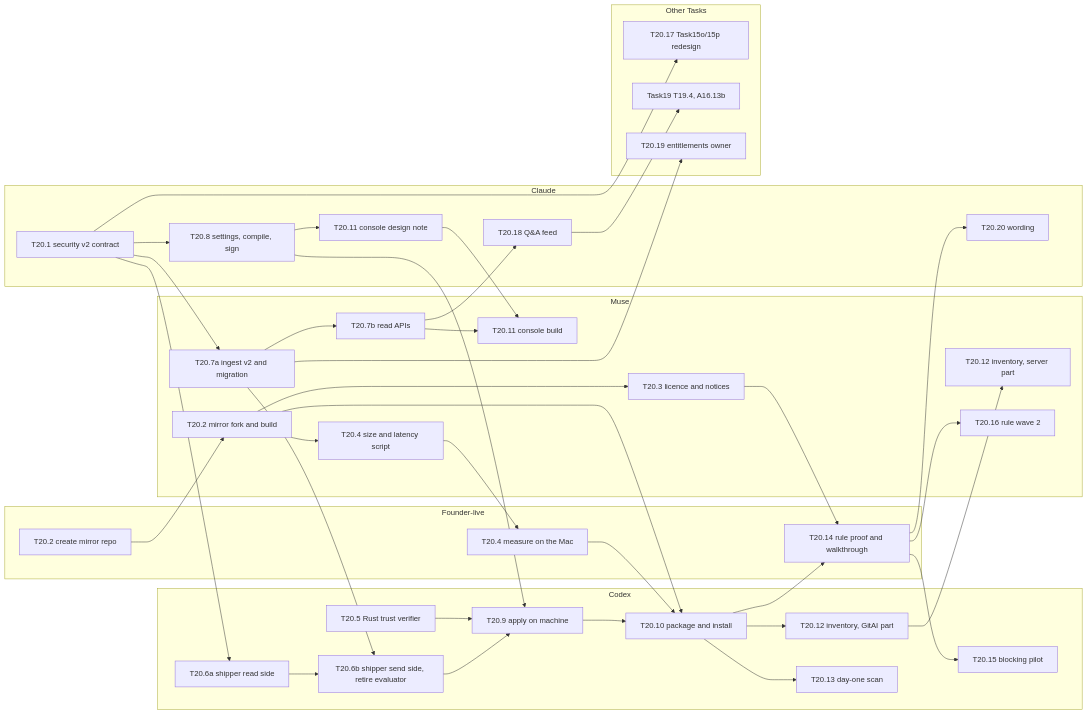
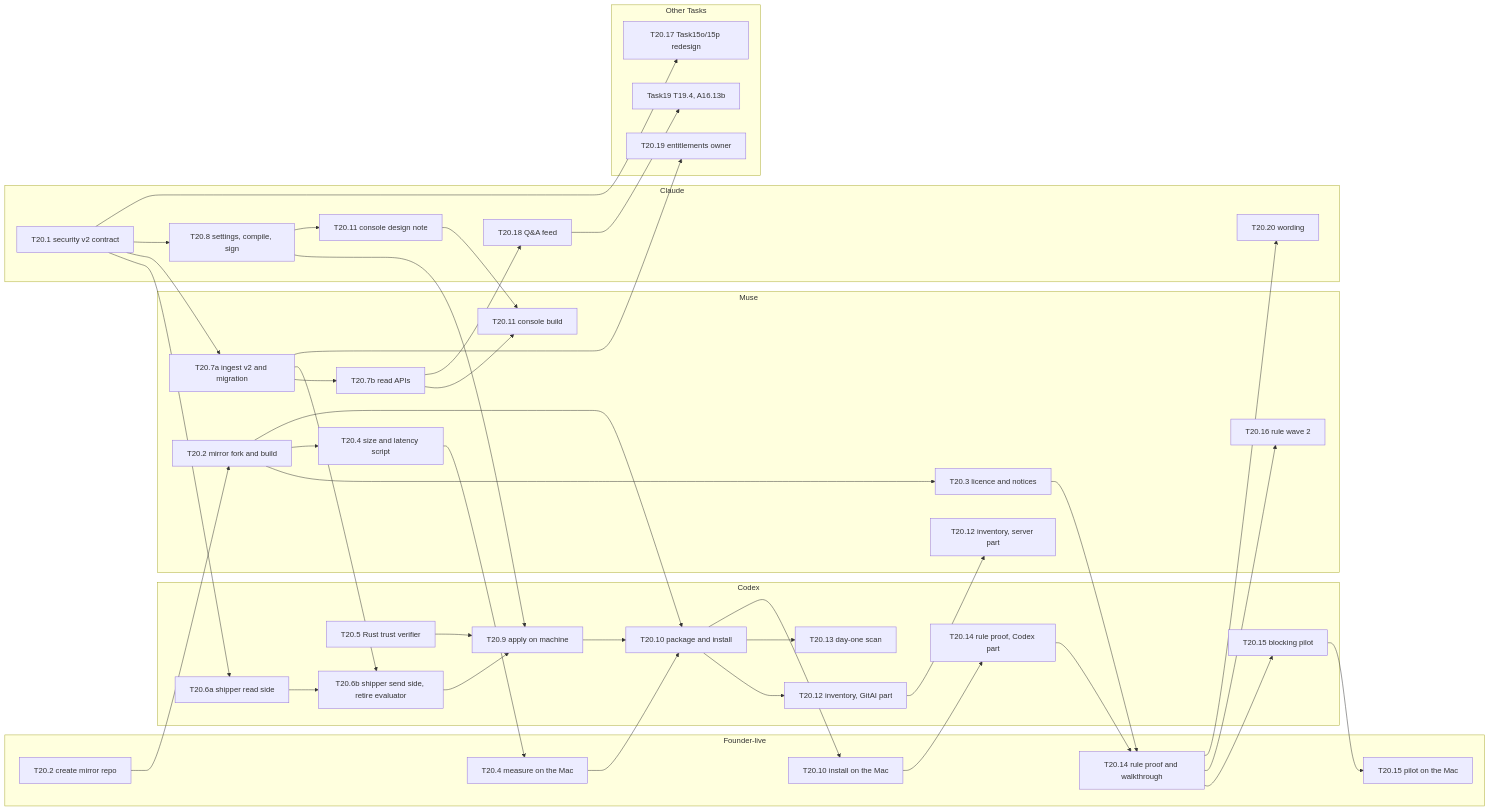
Before and after one commit to mahamannu-ux/TrackAI-V1: the diagram in docs/plan/primers/Task20_PRIMER.md, drawn with Mermaid. The commit also changed other lines of this file, not shown here.

````diff
--- a/docs/plan/primers/Task20_PRIMER.md
+++ b/docs/plan/primers/Task20_PRIMER.md
@@ -110,66 +110,69 @@
 ```mermaid
 flowchart LR
   subgraph Claude
     C1[T20.1 security v2 contract]
     C8[T20.8 settings, compile, sign]
     C11d[T20.11 console design note]
     C18[T20.18 Q&A feed]
     C20[T20.20 wording]
   end
   subgraph Codex
     X5[T20.5 Rust trust verifier]
     X6a[T20.6a shipper read side]
     X6b[T20.6b shipper send side, retire evaluator]
     X9[T20.9 apply on machine]
     X10[T20.10 package and install]
     X12[T20.12 inventory, GitAI part]
     X13[T20.13 day-one scan]
+    X14[T20.14 rule proof, Codex part]
     X15[T20.15 blocking pilot]
   end
   subgraph Muse
     M2[T20.2 mirror fork and build]
     M3[T20.3 licence and notices]
     M4[T20.4 size and latency script]
     M7a[T20.7a ingest v2 and migration]
     M7b[T20.7b read APIs]
     M11[T20.11 console build]
     M12[T20.12 inventory, server part]
     M16[T20.16 rule wave 2]
   end
   subgraph Founder-live
     F2[T20.2 create mirror repo]
     F4[T20.4 measure on the Mac]
+    F10[T20.10 install on the Mac]
     F14[T20.14 rule proof and walkthrough]
+    F15[T20.15 pilot on the Mac]
   end
   subgraph Other Tasks
     T15[T20.17 Task15o/15p redesign]
     T19[Task19 T19.4, A16.13b]
     E19[T20.19 entitlements owner]
   end
   F2 --> M2 --> M3
   M2 --> M4 --> F4
   C1 --> X6a
   C1 --> M7a
   C1 --> C8
   C1 --> T15
   X6a --> X6b
   M7a --> M7b
   M7a --> X6b
   X5 --> X9
   C8 --> X9
   X6b --> X9
   M2 --> X10
   X9 --> X10
   F4 --> X10
   C8 --> C11d --> M11
   M7b --> M11
   X10 --> X12 --> M12
   X10 --> X13
-  X10 --> F14
+  X10 --> F10 --> X14 --> F14
   M3 --> F14
-  F14 --> X15
+  F14 --> X15 --> F15
   F14 --> M16
   M7b --> C18 --> T19
   F14 --> C20
   M7a --> E19
 ```
````
